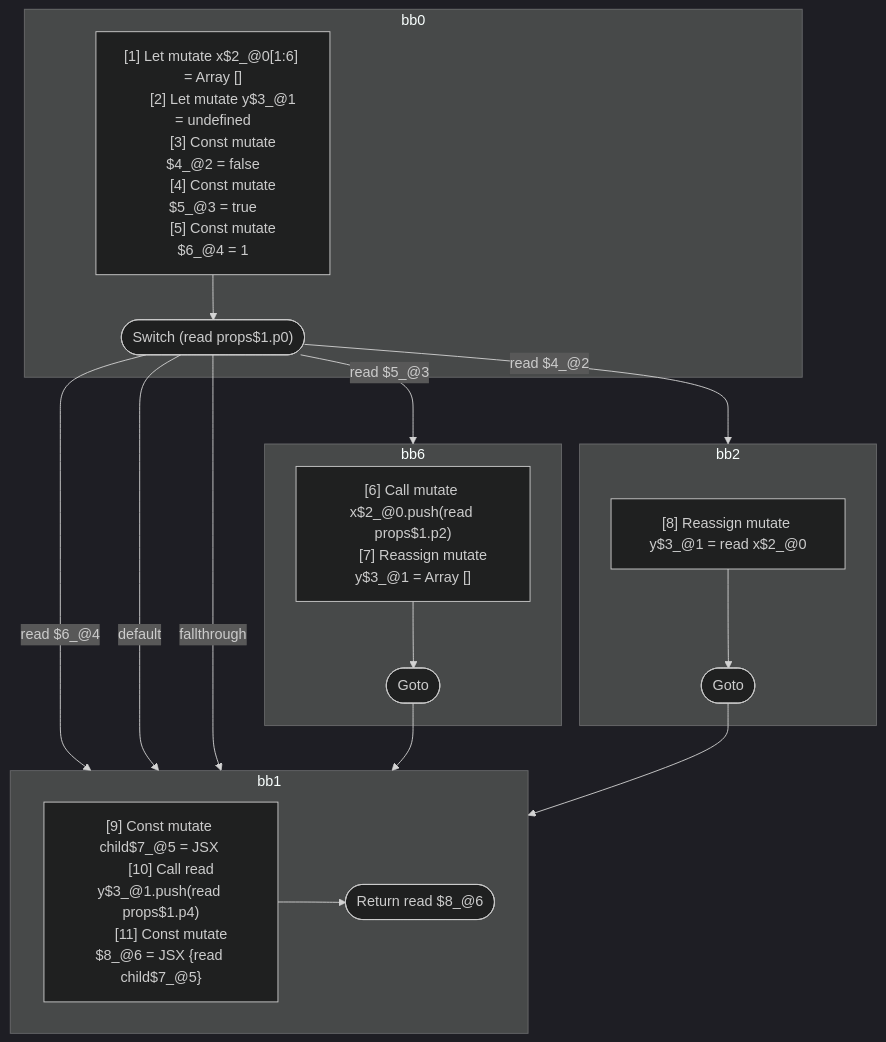
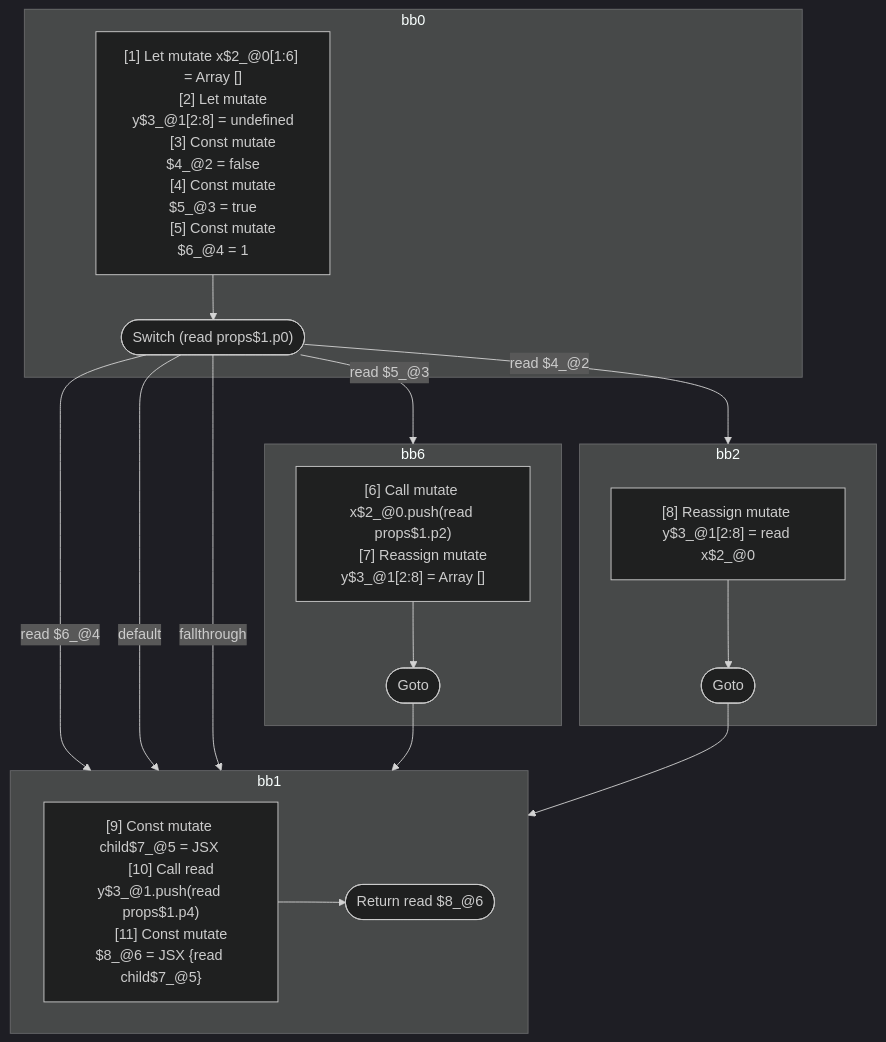
Before and after one commit to wutsmog/private: the diagram in compiler/forget/src/__tests__/fixtures/hir/switch-non-final-default.expect.md, drawn with Mermaid (dark theme). The commit also changed other lines of this file and 33 other files, not shown here.

````diff
--- a/compiler/forget/src/__tests__/fixtures/hir/switch-non-final-default.expect.md
+++ b/compiler/forget/src/__tests__/fixtures/hir/switch-non-final-default.expect.md
@@ -64,45 +64,45 @@
 ```mermaid
 flowchart TB
   %% Basic Blocks
   subgraph bb0
     bb0_instrs["
       [1] Let mutate x$2_@0[1:6] = Array []
-      [2] Let mutate y$3_@1 = undefined
+      [2] Let mutate y$3_@1[2:8] = undefined
       [3] Const mutate $4_@2 = false
       [4] Const mutate $5_@3 = true
       [5] Const mutate $6_@4 = 1
     "]
     bb0_instrs --> bb0_terminal(["Switch (read props$1.p0)"])
   end
   subgraph bb6
     bb6_instrs["
       [6] Call mutate x$2_@0.push(read props$1.p2)
-      [7] Reassign mutate y$3_@1 = Array []
+      [7] Reassign mutate y$3_@1[2:8] = Array []
     "]
     bb6_instrs --> bb6_terminal(["Goto"])
   end
   subgraph bb2
     bb2_instrs["
-      [8] Reassign mutate y$3_@1 = read x$2_@0
+      [8] Reassign mutate y$3_@1[2:8] = read x$2_@0
     "]
     bb2_instrs --> bb2_terminal(["Goto"])
   end
   subgraph bb1
     bb1_instrs["
       [9] Const mutate child$7_@5 = JSX <read Component$0 data={freeze x$2_@0} ></read Component$0>
       [10] Call read y$3_@1.push(read props$1.p4)
       [11] Const mutate $8_@6 = JSX <read Component$0 data={freeze y$3_@1} >{read child$7_@5}</read Component$0>
     "]
     bb1_instrs --> bb1_terminal(["Return read $8_@6"])
   end
 
   %% Jumps
   bb0_terminal -- read $6_@4 --> bb1
   bb0_terminal -- read $5_@3 --> bb6
   bb0_terminal -- default --> bb1
   bb0_terminal -- read $4_@2 --> bb2
   bb0_terminal -- fallthrough --> bb1
   bb6_terminal --> bb1
   bb2_terminal --> bb1
 
 ```
````
